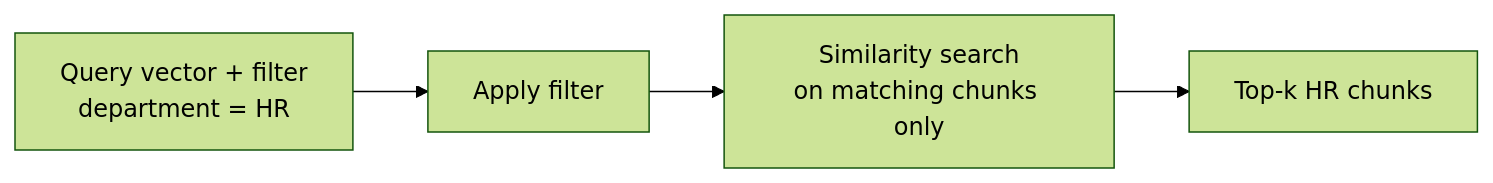
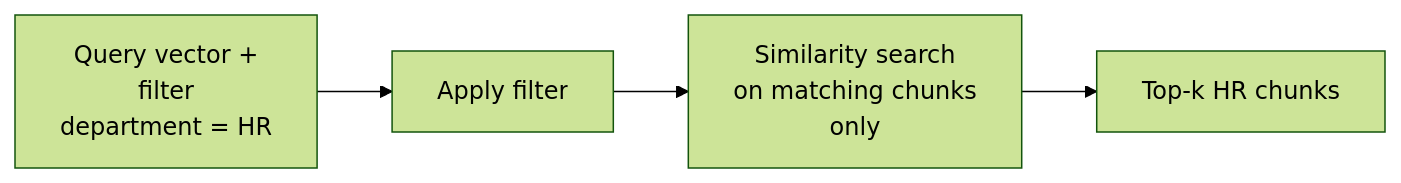
Before and after one commit to ajay-nikumbh/RAG-From-Basics-to-Production: the third of 3 diagrams in 01. Naive RAG/notes/01. Basic Concepts/07. Vector Databases and Indexing.md, drawn with Mermaid (forest theme). The commit also changed other lines of this file and 38 other files, not shown here.

First line of the commit message:
Group root README by pattern, widen tables, wrap diagram labels

````diff
--- a/01. Naive RAG/notes/01. Basic Concepts/07. Vector Databases and Indexing.md
+++ b/01. Naive RAG/notes/01. Basic Concepts/07. Vector Databases and Indexing.md
@@ -113,6 +113,6 @@
 ```mermaid
 flowchart LR
-    Q[Query vector + filter<br/>department = HR] --> F[Apply filter]
-    F --> S[Similarity search<br/>on matching chunks only]
+    Q[Query vector +<br/>filter<br/>department = HR] --> F[Apply filter]
+    F --> S[Similarity search<br/>on matching chunks<br/>only]
     S --> R[Top-k HR chunks]
 ```
````
